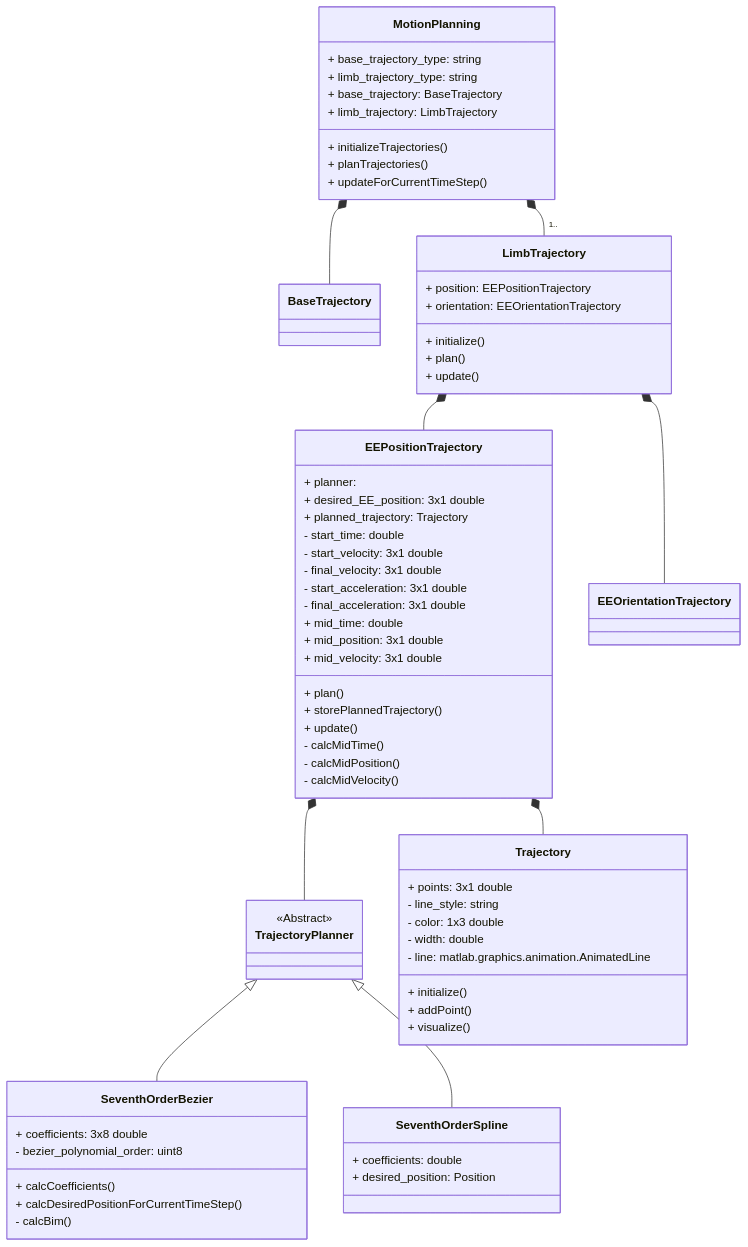
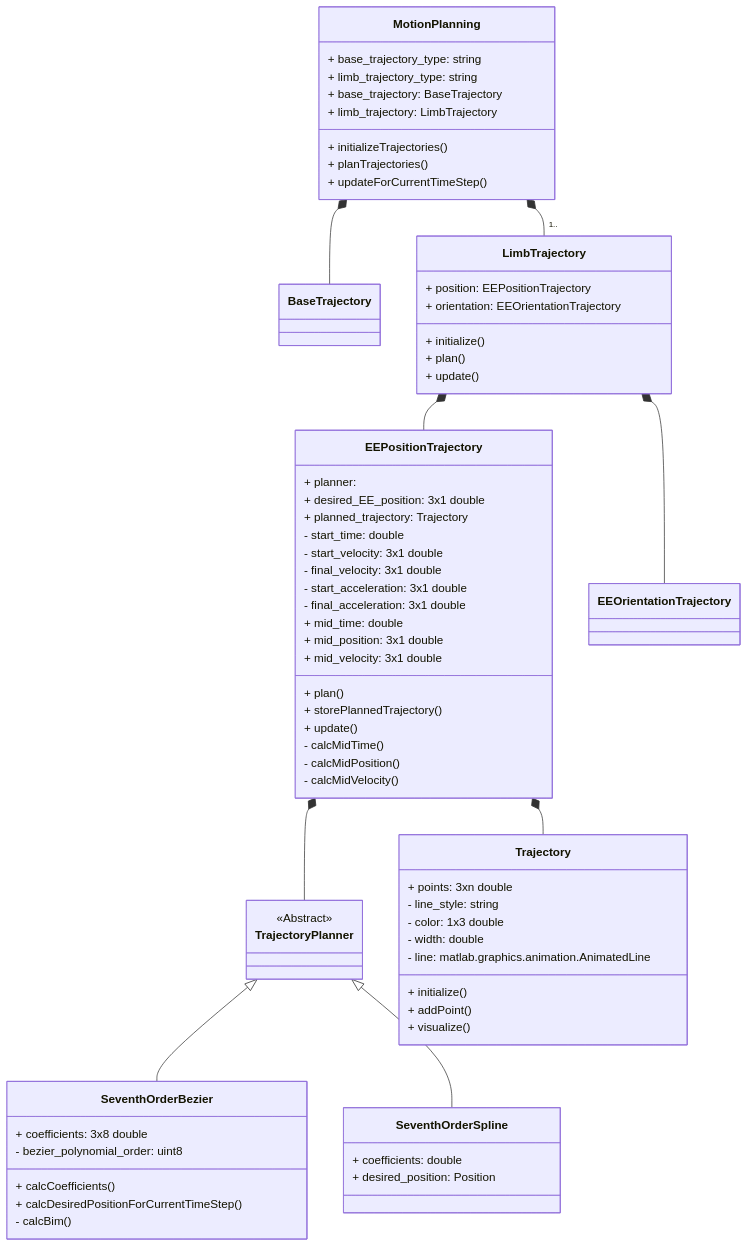
One commit to Space-Robotics-Laboratory/ClimbLab changed the diagram in src/controller/high_level_controller/motion_planning/motion_planning_class_design.md. Above: the diagram before and after it, drawn with Mermaid. The commit also changed 5 other files, not shown here.

```diff
--- a/src/controller/high_level_controller/motion_planning/motion_planning_class_design.md
+++ b/src/controller/high_level_controller/motion_planning/motion_planning_class_design.md
@@ -74,7 +74,7 @@
   }
 
   class Trajectory {
-    + points: 3x1 double
+    + points: 3xn double
     - line_style: string
     - color: 1x3 double
     - width: double
```
